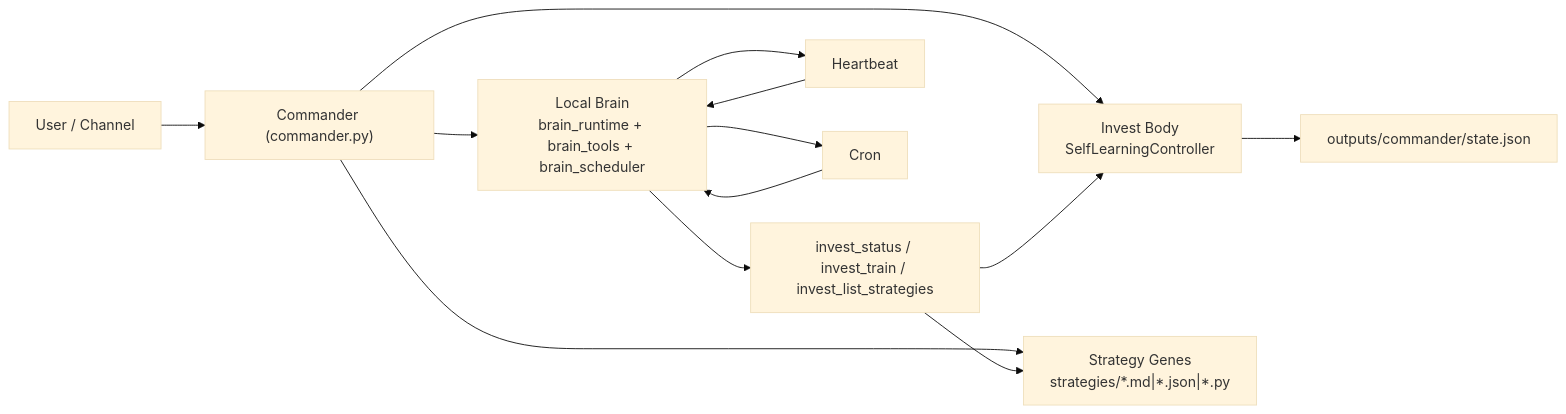
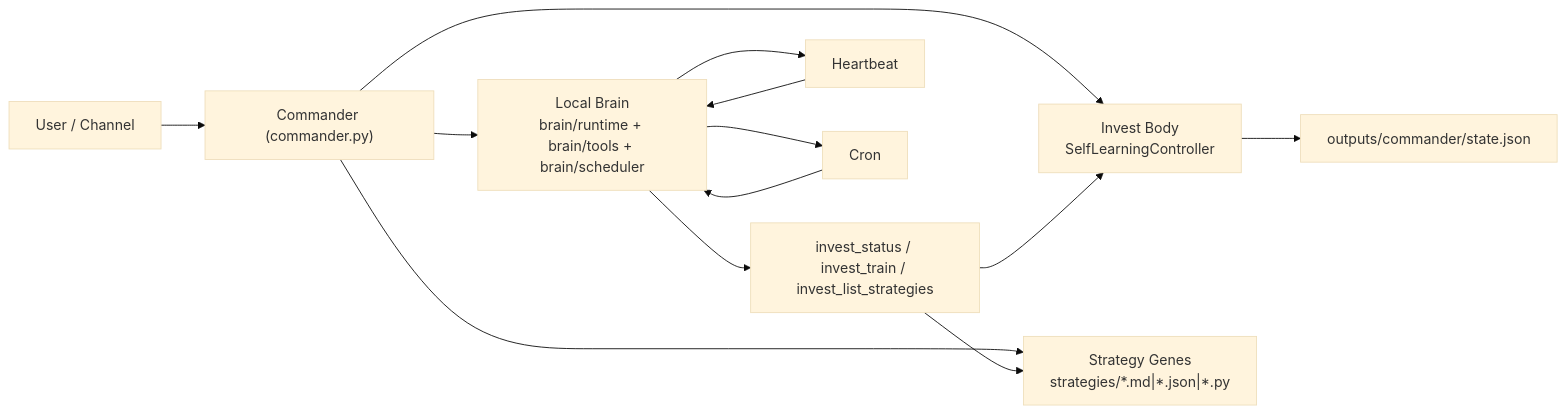
One commit to stephenxie990-blip/invest-evolution changed the diagram in docs/NANOBOT_FUSION_ARCHITECTURE.md. Above: the diagram before and after it, drawn with Mermaid (base theme). The commit also changed other lines of this file and 28 other files, not shown here.

````diff
--- a/docs/NANOBOT_FUSION_ARCHITECTURE.md
+++ b/docs/NANOBOT_FUSION_ARCHITECTURE.md
@@ -40,18 +40,18 @@
 ```mermaid
 flowchart LR
     U["User / Channel"] --> C["Commander (commander.py)"]
-    C --> B["Local Brain\nbrain_runtime + brain_tools + brain_scheduler"]
+    C --> B["Local Brain\nbrain/runtime + brain/tools + brain/scheduler"]
     C --> I["Invest Body\nSelfLearningController"]
     C --> G["Strategy Genes\nstrategies/*.md|*.json|*.py"]
 
     B --> T1["invest_status / invest_train / invest_list_strategies"]
     T1 --> I
     T1 --> G
 
     B --> H["Heartbeat"]
     B --> R["Cron"]
     H --> B
     R --> B
 
     I --> O["outputs/commander/state.json"]
 ```
````
